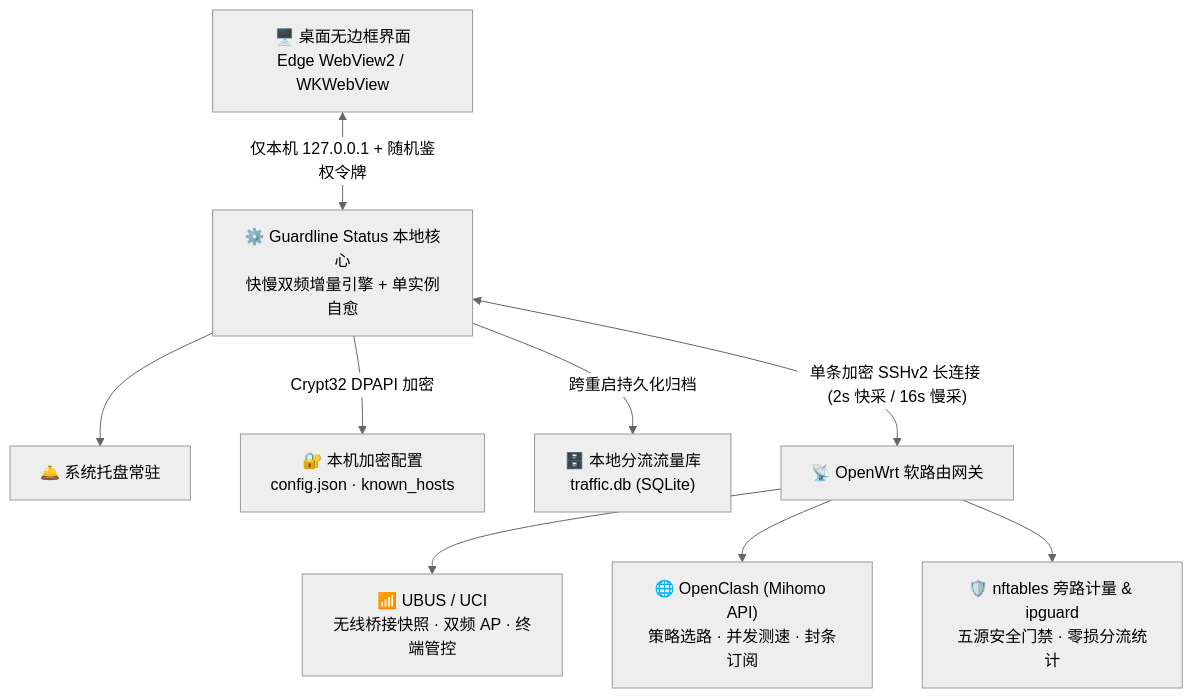
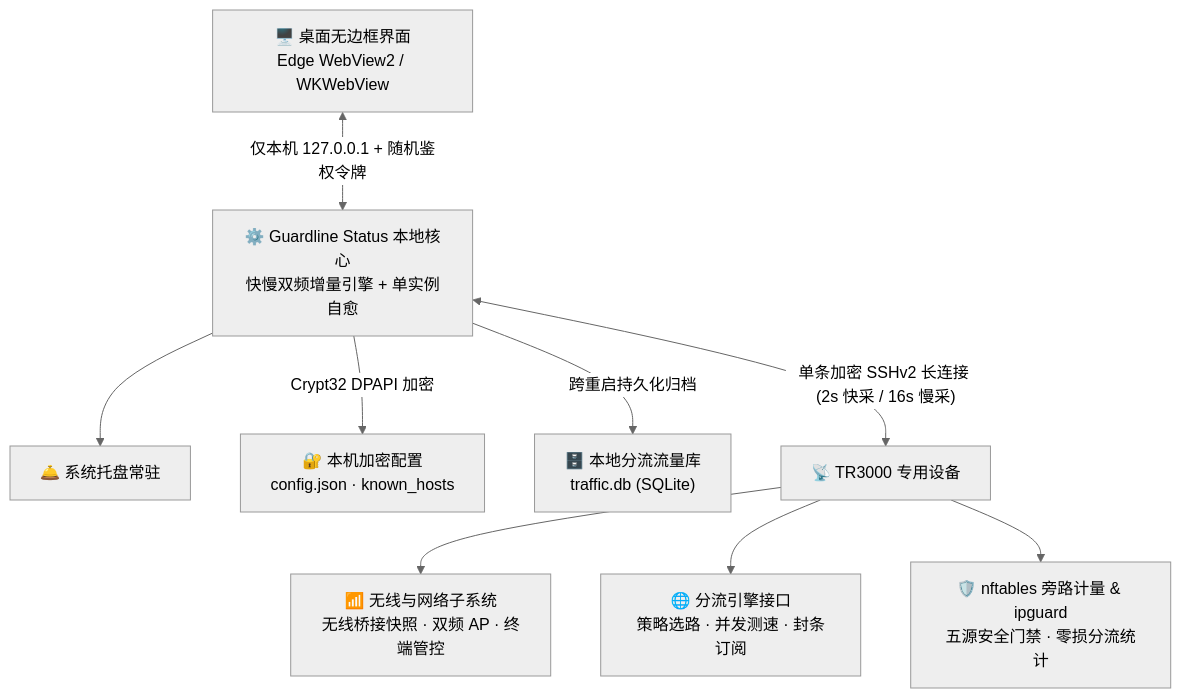
The fourth of 4 diagrams in README.md (2014-y/Guardline-Status), drawn with Mermaid (neutral theme) before and after one commit. The commit also changed other lines of this file and 5 other files, not shown here.

Commit message:
文档：统一采用 TR3000 专用设备标准表述并同步演示截图

````diff
--- a/README.md
+++ b/README.md
@@ -278,11 +278,11 @@
 ```mermaid
 graph TD
     UI["🖥️ 桌面无边框界面<br/>Edge WebView2 / WKWebView"] <-->|"仅本机 127.0.0.1 + 随机鉴权令牌"| Core["⚙️ Guardline Status 本地核心<br/>快慢双频增量引擎 + 单实例自愈"]
     Core --> Tray["🛎️ 系统托盘常驻"]
     Core -->|"Crypt32 DPAPI 加密"| Cfg["🔐 本机加密配置<br/>config.json · known_hosts"]
     Core -->|"跨重启持久化归档"| DB["🗄️ 本地分流流量库<br/>traffic.db (SQLite)"]
-    Core <-->|"单条加密 SSHv2 长连接 (2s 快采 / 16s 慢采)"| Router["📡 OpenWrt 软路由网关"]
-    Router --> Ubus["📶 UBUS / UCI<br/>无线桥接快照 · 双频 AP · 终端管控"]
-    Router --> Clash["🌐 OpenClash (Mihomo API)<br/>策略选路 · 并发测速 · 封条订阅"]
+    Core <-->|"单条加密 SSHv2 长连接 (2s 快采 / 16s 慢采)"| Router["📡 TR3000 专用设备"]
+    Router --> Ubus["📶 无线与网络子系统<br/>无线桥接快照 · 双频 AP · 终端管控"]
+    Router --> Clash["🌐 分流引擎接口<br/>策略选路 · 并发测速 · 封条订阅"]
     Router --> Nft["🛡️ nftables 旁路计量 & ipguard<br/>五源安全门禁 · 零损分流统计"]
 ```
````
